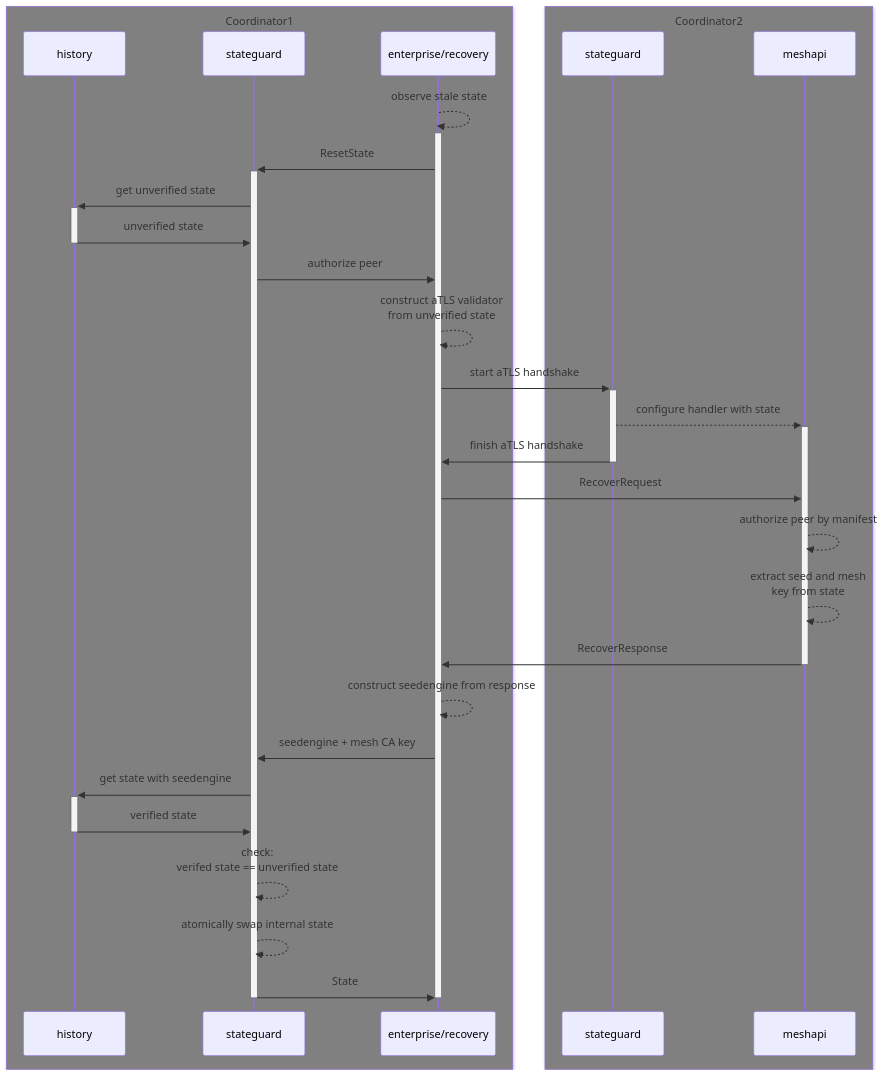
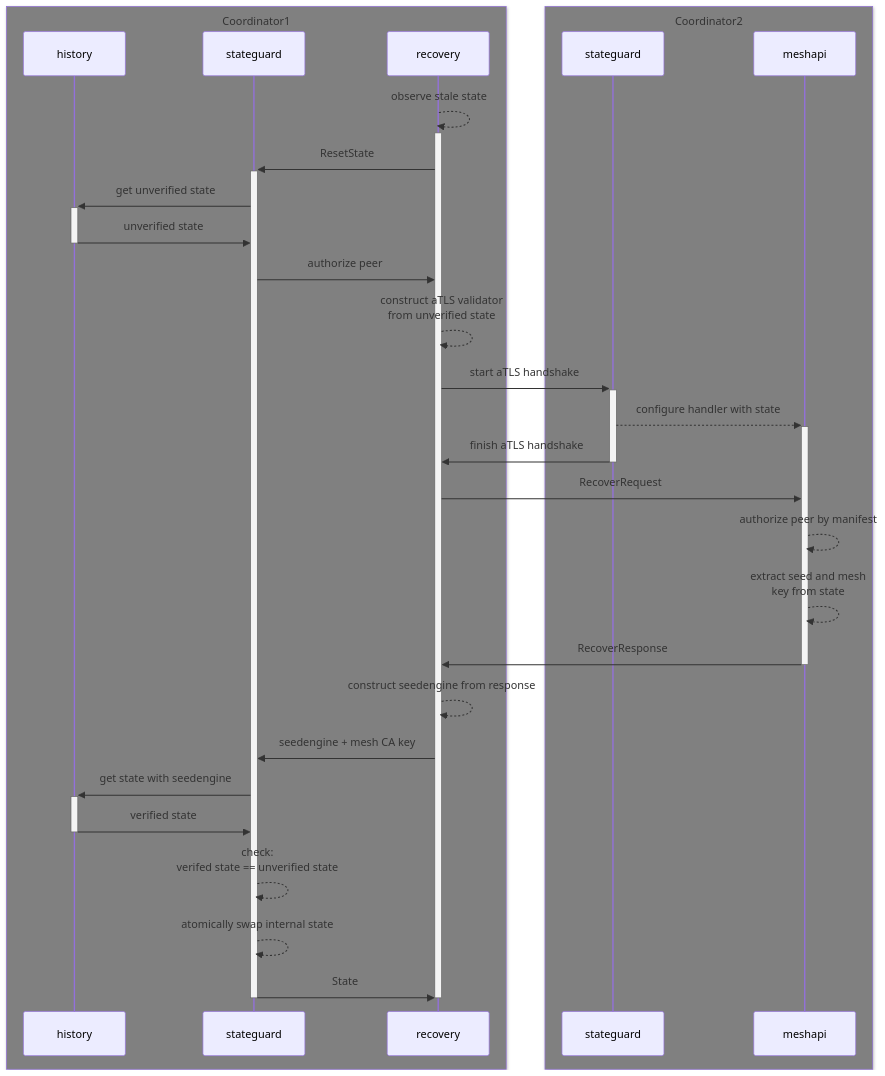
Before and after one commit to edgelesssys/contrast: the second of 2 diagrams in coordinator/internal/meshapi/README.md, drawn with Mermaid. The commit also changed 2 other files, not shown here.

Commit message:
coordinator: update architectural docs

````diff
--- a/coordinator/internal/meshapi/README.md
+++ b/coordinator/internal/meshapi/README.md
@@ -32,40 +32,40 @@
 ```mermaid
 sequenceDiagram
     box Grey Coordinator1
         participant history1 as history
         participant stateguard1 as stateguard
-        participant enterprise1 as enterprise/recovery
+        participant recovery1 as recovery
     end
 
     box Grey Coordinator2
         participant stateguard2 as stateguard
         participant meshapi2 as meshapi
     end
 
-    # activate enterprise1
-    enterprise1-->>+enterprise1: observe stale state
+    # activate recovery1
+    recovery1-->>+recovery1: observe stale state
 
-    enterprise1->>+stateguard1: ResetState
+    recovery1->>+stateguard1: ResetState
     stateguard1->>+history1: get unverified state
     history1->>-stateguard1: unverified state
-    stateguard1->>enterprise1: authorize peer
+    stateguard1->>recovery1: authorize peer
 
-    enterprise1-->>enterprise1: construct aTLS validator<br/>from unverified state
-    enterprise1->>+stateguard2: start aTLS handshake
+    recovery1-->>recovery1: construct aTLS validator<br/>from unverified state
+    recovery1->>+stateguard2: start aTLS handshake
     stateguard2-->>+meshapi2: configure handler with state
-    stateguard2->>-enterprise1: finish aTLS handshake
+    stateguard2->>-recovery1: finish aTLS handshake
 
-    enterprise1->>meshapi2: RecoverRequest
+    recovery1->>meshapi2: RecoverRequest
     meshapi2-->>meshapi2: authorize peer by manifest
     meshapi2-->>meshapi2: extract seed and mesh<br/>key from state
-    meshapi2->>-enterprise1: RecoverResponse
+    meshapi2->>-recovery1: RecoverResponse
 
-    enterprise1-->>enterprise1: construct seedengine from response
-    enterprise1->>stateguard1: seedengine + mesh CA key
+    recovery1-->>recovery1: construct seedengine from response
+    recovery1->>stateguard1: seedengine + mesh CA key
     stateguard1->>+history1: get state with seedengine
     history1->>-stateguard1: verified state
     stateguard1-->>stateguard1: check:<br/>verifed state == unverified state
     stateguard1-->>stateguard1: atomically swap internal state
-    stateguard1->>-enterprise1: State
-    deactivate enterprise1
+    stateguard1->>-recovery1: State
+    deactivate recovery1
 ```
````
